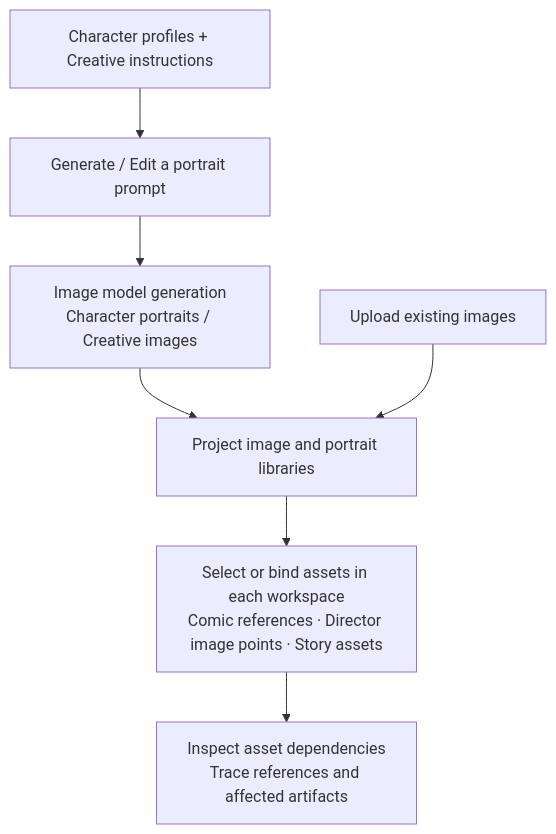
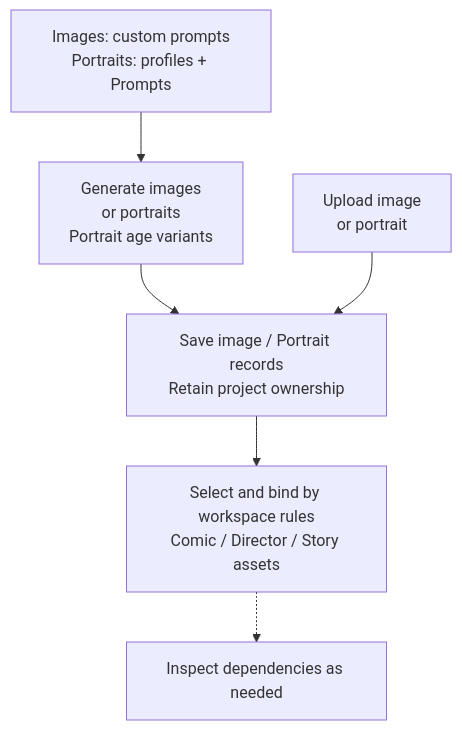
One commit to GTJasonMK/A4N changed the sixth of 18 diagrams in README.en.md. Above: the diagram before and after it, drawn with Mermaid. The commit also changed other lines of this file and 2 other files, not shown here.

First line of the commit message:
docs: fix README diagram flows and mobile readability

````diff
--- a/README.en.md
+++ b/README.en.md
@@ -108,11 +115,10 @@
 ```mermaid
 flowchart TB
   accTitle: Images, character portraits and asset references
-  accDescr: Character profiles and creative instructions feed editable prompts. Generated and uploaded images enter project libraries, then workspaces select and bind them with inspectable dependencies.
-  profiles["Character profiles + Creative instructions"] --> prompt["Generate / Edit a portrait prompt"]
-  prompt --> generation["Image model generation<br/>Character portraits / Creative images"]
-  generation --> library["Project image and portrait libraries"]
-  uploaded["Upload existing images"] --> library
-  library --> reuse["Select or bind assets in each workspace<br/>Comic references · Director image points · Story assets"]
-  reuse --> dependencies["Inspect asset dependencies<br/>Trace references and affected artifacts"]
+  accDescr: General images use custom prompts; portraits use character profiles and portrait prompts. Each has its own generation entry. Existing images or portraits can be uploaded without model generation, then selected and bound under each workspace's rules.
+  prompt["Images: custom prompts<br/>Portraits: profiles + Prompts"] --> generation["Generate images<br/>or portraits<br/>Portrait age variants"]
+  generation --> library["Save image / Portrait records<br/>Retain project ownership"]
+  uploaded["Upload image<br/>or portrait"] --> library
+  library --> reuse["Select and bind by workspace rules<br/>Comic / Director / Story assets"]
+  reuse -.-> dependencies["Inspect dependencies as needed"]
 ```
````
